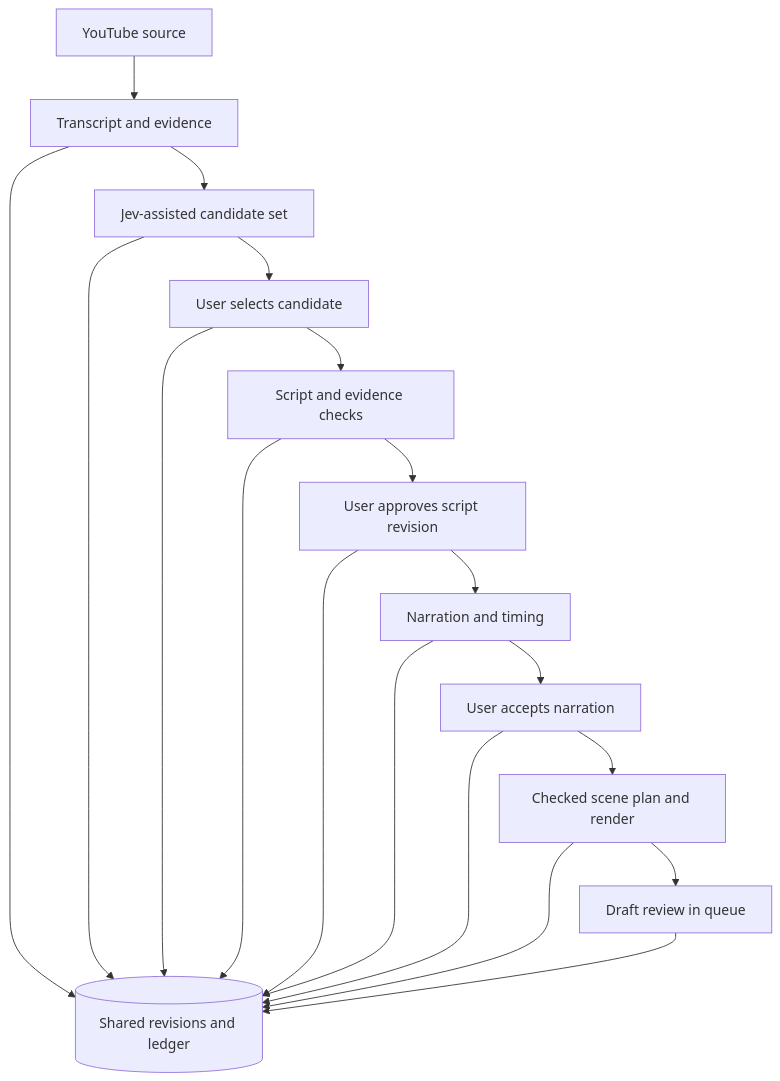
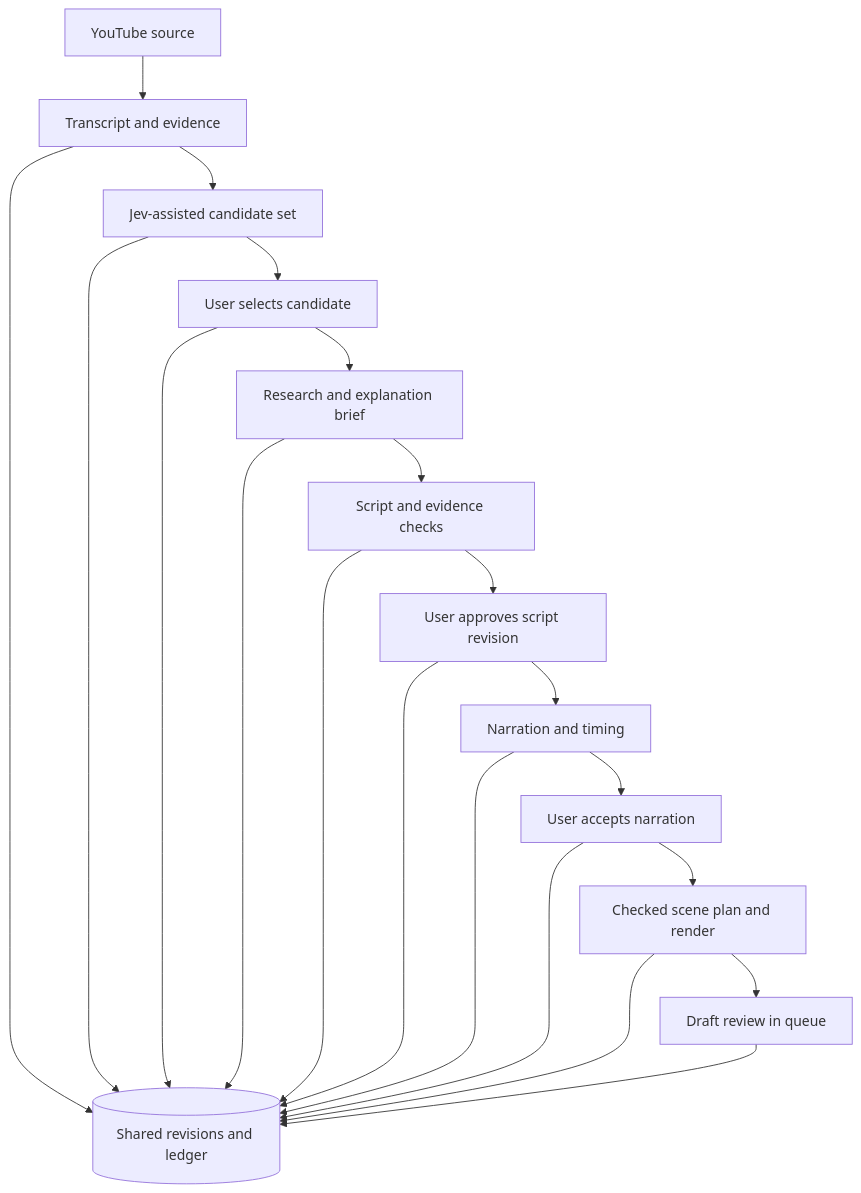
The first of 2 diagrams in docs/features/animated-explainer.md (feraranas/just-a-clipper-engine), drawn with Mermaid before and after one commit. The commit also changed other lines of this file and 16 other files, not shown here.

````diff
--- a/docs/features/animated-explainer.md
+++ b/docs/features/animated-explainer.md
@@ -261,13 +406,14 @@
 ```mermaid
 flowchart TD
     A[YouTube source] --> B[Transcript and evidence]
     B --> C[Jev-assisted candidate set]
     C --> D[User selects candidate]
-    D --> E[Script and evidence checks]
+    D --> R[Research and explanation brief]
+    R --> E[Script and evidence checks]
     E --> F[User approves script revision]
     F --> G[Narration and timing]
     G --> H[User accepts narration]
     H --> I[Checked scene plan and render]
     I --> J[Draft review in queue]
-    B & C & D & E & F & G & H & I & J --> K[(Shared revisions and ledger)]
+    B & C & D & R & E & F & G & H & I & J --> K[(Shared revisions and ledger)]
 ```
````
